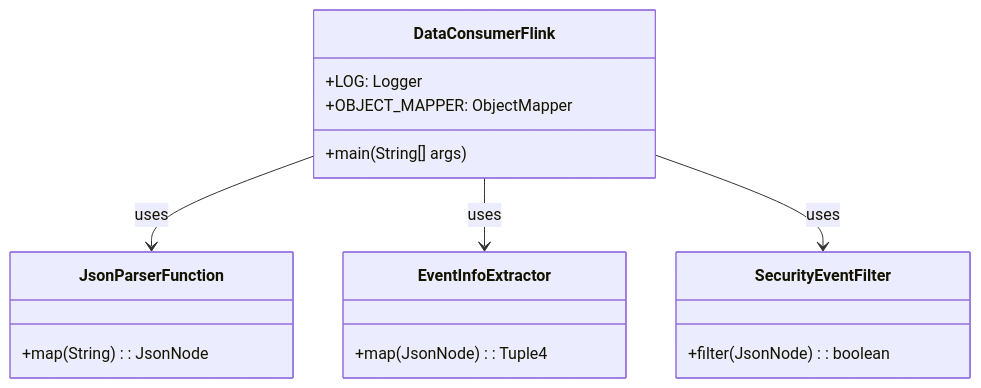
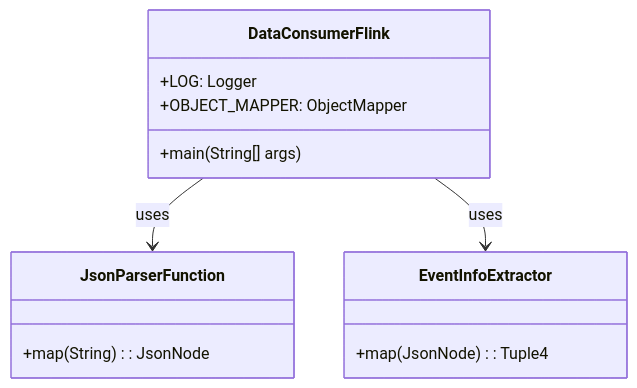
One commit to vikramaditya-tatke/tcp_flink_kafka_connector changed the fourth of 4 diagrams in README.md. Above: the diagram before and after it, drawn with Mermaid. The commit also changed other lines of this file, not shown here.

Commit message:
Update README.md to remove SecurityEventFilter references and enhance fault tolerance section

````diff
--- a/README.md
+++ b/README.md
@@ -88,24 +88,19 @@
 ```mermaid
 classDiagram
     class DataConsumerFlink {
         +LOG: Logger
         +OBJECT_MAPPER: ObjectMapper
         +main(String[] args)
     }
     
     class JsonParserFunction {
         +map(String): JsonNode
     }
     
     class EventInfoExtractor {
         +map(JsonNode): Tuple4
     }
     
-    class SecurityEventFilter {
-        +filter(JsonNode): boolean
-    }
-    
     DataConsumerFlink --> JsonParserFunction: uses
     DataConsumerFlink --> EventInfoExtractor: uses
-    DataConsumerFlink --> SecurityEventFilter: uses
 ```
````
